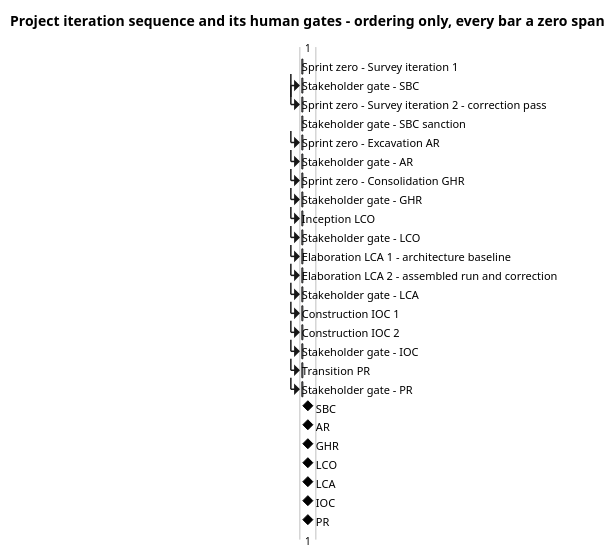
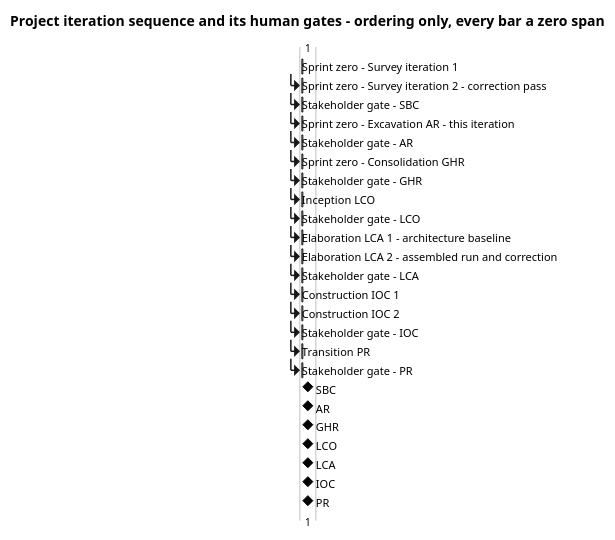
One commit to banense-test/TodoApp changed the first of 3 diagrams in docs/artifacts/project-management/iteration-plan.md. Above: the diagram before and after it, drawn with PlantUML. The commit also changed other lines of this file, not shown here.

First line of the commit message:
Project Manager [Excavation1]: upsert Iteration Plan

````diff
--- a/docs/artifacts/project-management/iteration-plan.md
+++ b/docs/artifacts/project-management/iteration-plan.md
@@ -52,60 +48,58 @@
 ```plantuml
 @startgantt
 title Project iteration sequence and its human gates - ordering only, every bar a zero span
 skinparam shadowing false
 
 [Sprint zero - Survey iteration 1] lasts 0 day
+[Sprint zero - Survey iteration 2 - correction pass] lasts 0 day
 [Stakeholder gate - SBC] lasts 0 day
-[Sprint zero - Survey iteration 2 - correction pass] lasts 0 day
-[Stakeholder gate - SBC sanction] lasts 0 day
-[Sprint zero - Excavation AR] lasts 0 day
+[Sprint zero - Excavation AR - this iteration] lasts 0 day
 [Stakeholder gate - AR] lasts 0 day
 [Sprint zero - Consolidation GHR] lasts 0 day
 [Stakeholder gate - GHR] lasts 0 day
 [Inception LCO] lasts 0 day
 [Stakeholder gate - LCO] lasts 0 day
 [Elaboration LCA 1 - architecture baseline] lasts 0 day
 [Elaboration LCA 2 - assembled run and correction] lasts 0 day
 [Stakeholder gate - LCA] lasts 0 day
 [Construction IOC 1] lasts 0 day
 [Construction IOC 2] lasts 0 day
 [Stakeholder gate - IOC] lasts 0 day
 [Transition PR] lasts 0 day
 [Stakeholder gate - PR] lasts 0 day
 
 [Sprint zero - Survey iteration 2 - correction pass] starts at [Sprint zero - Survey iteration 1]'s end
 [Stakeholder gate - SBC] starts at [Sprint zero - Survey iteration 2 - correction pass]'s end
-[Sprint zero - Excavation AR] starts at [Stakeholder gate - SBC sanction]'s end
-[Stakeholder gate - AR] starts at [Sprint zero - Excavation AR]'s end
+[Sprint zero - Excavation AR - this iteration] starts at [Stakeholder gate - SBC]'s end
+[Stakeholder gate - AR] starts at [Sprint zero - Excavation AR - this iteration]'s end
 [Sprint zero - Consolidation GHR] starts at [Stakeholder gate - AR]'s end
 [Stakeholder gate - GHR] starts at [Sprint zero - Consolidation GHR]'s end
 [Inception LCO] starts at [Stakeholder gate - GHR]'s end
 [Stakeholder gate - LCO] starts at [Inception LCO]'s end
 [Elaboration LCA 1 - architecture baseline] starts at [Stakeholder gate - LCO]'s end
 [Elaboration LCA 2 - assembled run and correction] starts at [Elaboration LCA 1 - architecture baseline]'s end
 [Stakeholder gate - LCA] starts at [Elaboration LCA 2 - assembled run and correction]'s end
 [Construction IOC 1] starts at [Stakeholder gate - LCA]'s end
 [Construction IOC 2] starts at [Construction IOC 1]'s end
 [Stakeholder gate - IOC] starts at [Construction IOC 2]'s end
 [Transition PR] starts at [Stakeholder gate - IOC]'s end
 [Stakeholder gate - PR] starts at [Transition PR]'s end
 
-[SBC] happens at [Stakeholder gate - SBC sanction]'s end
+[SBC] happens at [Stakeholder gate - SBC]'s end
 [AR] happens at [Stakeholder gate - AR]'s end
 [GHR] happens at [Stakeholder gate - GHR]'s end
 [LCO] happens at [Stakeholder gate - LCO]'s end
 [LCA] happens at [Stakeholder gate - LCA]'s end
 [IOC] happens at [Stakeholder gate - IOC]'s end
 [PR] happens at [Stakeholder gate - PR]'s end
 
 note bottom
-  Ten iterations, seven milestones, seven human gates.
+  Ten iterations, seven milestones, seven human gates. SBC is behind the plan.
   Every bar is a zero span: PlantUML requires the root bar's span to be
   declared, and it is declared zero. No bar carries a duration and no
   calendar date exists anywhere in this plan. An iteration ends when its
   exit criteria pass; a gate ends when the stakeholder answers, and is
-  carried as R021 - days of queue time, ceiling 14, then the process
-  suspends.
+  carried as R021 - days of queue time, ceiling 14, then the process suspends.
 end note
 @endgantt
 ```
````
